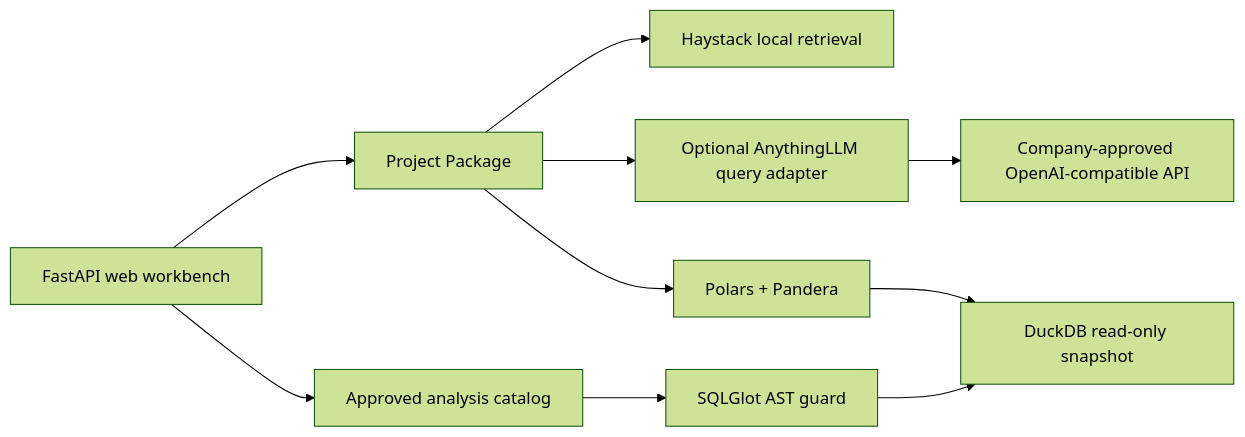
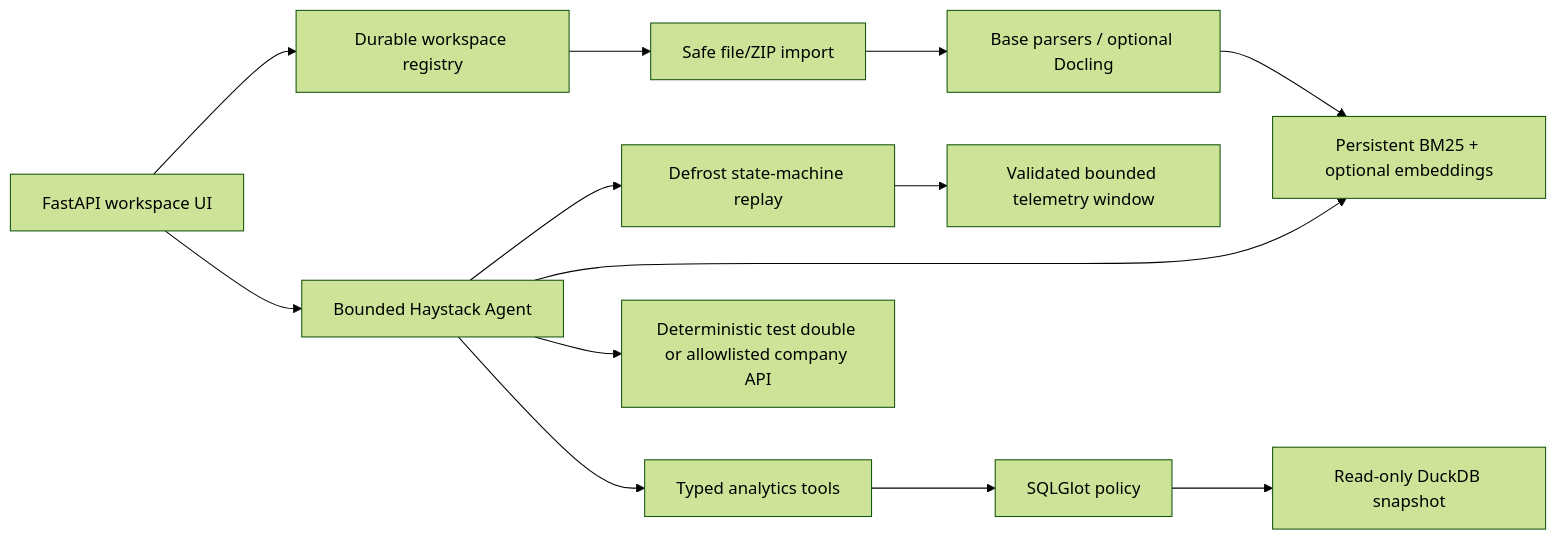
The diagram in README.md (FancongLiu/project-copilot-workbench), drawn with Mermaid (forest theme) before and after one commit. The commit also changed other lines of this file and 83 other files, not shown here.

Commit message:
feat: deliver governed project copilot workbench v2

````diff
--- a/README.md
+++ b/README.md
@@ -18,12 +42,15 @@
 ```mermaid
 flowchart LR
-    UI["FastAPI web workbench"] --> PKG["Project Package"]
-    PKG --> LOCAL["Haystack local retrieval"]
-    PKG --> ALLM["Optional AnythingLLM query adapter"]
-    PKG --> INGEST["Polars + Pandera"]
-    INGEST --> DB["DuckDB read-only snapshot"]
-    UI --> INTENT["Approved analysis catalog"]
-    INTENT --> GUARD["SQLGlot AST guard"]
-    GUARD --> DB
-    ALLM --> COMPANY["Company-approved OpenAI-compatible API"]
+    UI["FastAPI workspace UI"] --> REG["Durable workspace registry"]
+    UI --> AGENT["Bounded Haystack Agent"]
+    REG --> INGEST["Safe file/ZIP import"]
+    INGEST --> PARSE["Base parsers / optional Docling"]
+    PARSE --> RETRIEVE["Persistent BM25 + optional embeddings"]
+    AGENT --> RETRIEVE
+    AGENT --> ANALYTICS["Typed analytics tools"]
+    AGENT --> DEFROST["Defrost state-machine replay"]
+    DEFROST --> WINDOW["Validated bounded telemetry window"]
+    ANALYTICS --> GUARD["SQLGlot policy"]
+    GUARD --> DB["Read-only DuckDB snapshot"]
+    AGENT --> MODEL["Deterministic test double or allowlisted company API"]
 ```
````
